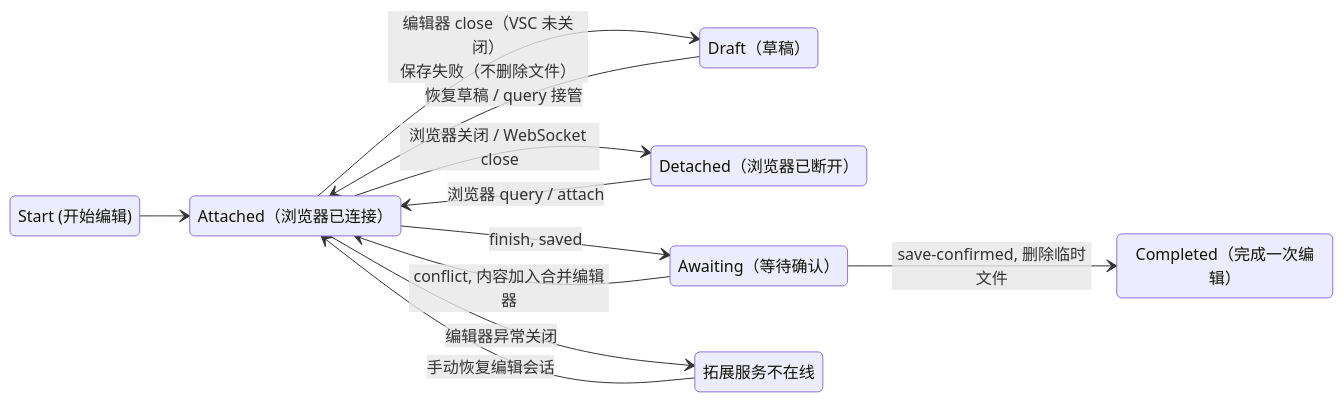
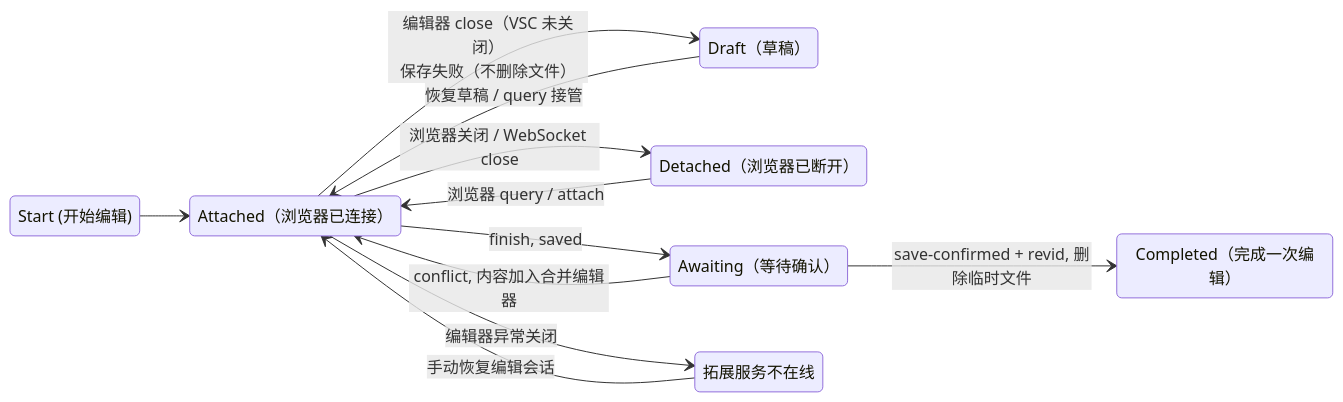
The diagram in README.md (minortex/mediawiki-vscode-editor), drawn with Mermaid before and after one commit. The commit also changed other lines of this file and 9 other files, not shown here.

First line of the commit message:
feat: delete the temp file only after the save's revid is confirmed

````diff
--- a/README.md
+++ b/README.md
@@ -66,24 +66,24 @@
 ```mermaid
 stateDiagram-v2
     direction LR
 
     state "Start (开始编辑)" as Start
     state "Draft（草稿）" as Draft
     state "Attached（浏览器已连接）" as Attached
     state "Detached（浏览器已断开）" as Detached
     state "Awaiting（等待确认）" as Awaiting
     state "Completed（完成一次编辑）" as Completed
     state "拓展服务不在线" as Offline
 
     Start --> Attached
     Detached --> Attached: 浏览器 query / attach
     Attached --> Detached: 浏览器关闭 / WebSocket close
     Attached --> Draft: 编辑器 close（VSC 未关闭）<br/>保存失败（不删除文件）
     Draft --> Attached: 恢复草稿 / query 接管
     Attached --> Awaiting: finish, saved
-    Awaiting --> Completed: save-confirmed, 删除临时文件
+    Awaiting --> Completed: save-confirmed + revid, 删除临时文件
     Awaiting --> Attached: conflict, 内容加入合并编辑器
   
     Offline --> Attached: 手动恢复编辑会话
     Attached --> Offline: 编辑器异常关闭
 ```
````
